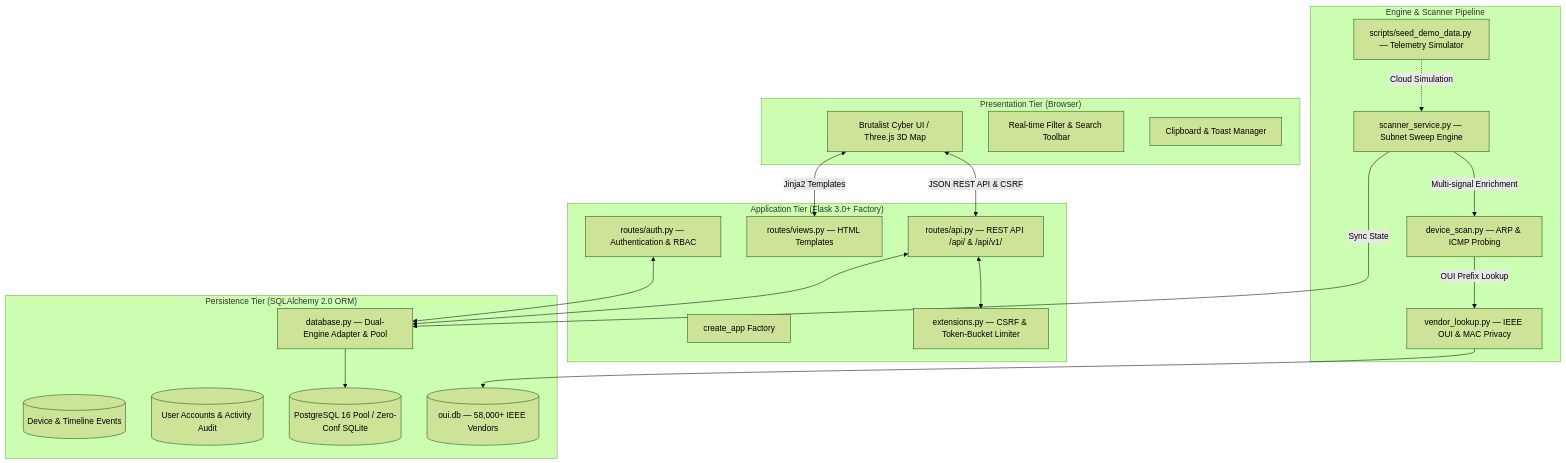
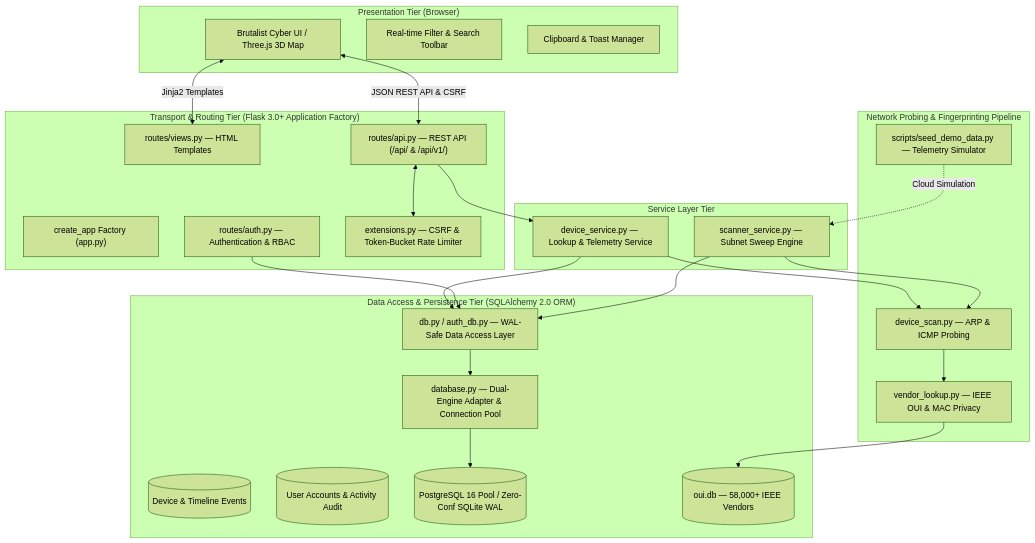
One commit to dhairyahvisavadia-dotcom/Portwatch_vercel changed the diagram in README.md. Above: the diagram before and after it, drawn with Mermaid (forest theme). The commit also changed other lines of this file and 29 other files, not shown here.

````diff
--- a/README.md
+++ b/README.md
@@ -78,43 +88,51 @@
 ```mermaid
 graph TD
     subgraph "Presentation Tier (Browser)"
-        UI[Brutalist Cyber UI / Three.js 3D Map]
-        Filter[Real-time Filter & Search Toolbar]
-        Toast[Clipboard & Toast Manager]
+        UI["Brutalist Cyber UI / Three.js 3D Map"]
+        Filter["Real-time Filter & Search Toolbar"]
+        Toast["Clipboard & Toast Manager"]
     end
 
-    subgraph "Application Tier (Flask 3.0+ Factory)"
-        App[create_app Factory]
-        AuthBP[routes/auth.py — Authentication & RBAC]
-        ViewsBP[routes/views.py — HTML Templates]
-        ApiBP[routes/api.py — REST API /api/ & /api/v1/]
-        SecExt[extensions.py — CSRF & Token-Bucket Limiter]
+    subgraph "Transport & Routing Tier (Flask 3.0+ Application Factory)"
+        App["create_app Factory (app.py)"]
+        AuthBP["routes/auth.py — Authentication & RBAC"]
+        ViewsBP["routes/views.py — HTML Templates"]
+        ApiBP["routes/api.py — REST API (/api/ & /api/v1/)"]
+        SecExt["extensions.py — CSRF & Token-Bucket Rate Limiter"]
     end
 
-    subgraph "Engine & Scanner Pipeline"
-        Scanner[scanner_service.py — Subnet Sweep Engine]
-        DeviceScan[device_scan.py — ARP & ICMP Probing]
-        VendorLookup[vendor_lookup.py — IEEE OUI & MAC Privacy]
-        DemoEngine[scripts/seed_demo_data.py — Telemetry Simulator]
+    subgraph "Service Layer Tier"
+        DeviceService["device_service.py — Lookup & Telemetry Service"]
+        Scanner["scanner_service.py — Subnet Sweep Engine"]
     end
 
-    subgraph "Persistence Tier (SQLAlchemy 2.0 ORM)"
-        DBAdapter[database.py — Dual-Engine Adapter & Pool]
-        DevModel[(Device & Timeline Events)]
-        UserModel[(User Accounts & Activity Audit)]
-        Engines[(PostgreSQL 16 Pool / Zero-Conf SQLite)]
-        OUIDB[(oui.db — 58,000+ IEEE Vendors)]
+    subgraph "Network Probing & Fingerprinting Pipeline"
+        DeviceScan["device_scan.py — ARP & ICMP Probing"]
+        VendorLookup["vendor_lookup.py — IEEE OUI & MAC Privacy"]
+        DemoEngine["scripts/seed_demo_data.py — Telemetry Simulator"]
+    end
+
+    subgraph "Data Access & Persistence Tier (SQLAlchemy 2.0 ORM)"
+        DBAdapter["database.py — Dual-Engine Adapter & Connection Pool"]
+        DBStore["db.py / auth_db.py — WAL-Safe Data Access Layer"]
+        DevModel[("Device & Timeline Events")]
+        UserModel[("User Accounts & Activity Audit")]
+        Engines[("PostgreSQL 16 Pool / Zero-Conf SQLite WAL")]
+        OUIDB[("oui.db — 58,000+ IEEE Vendors")]
     end
 
     UI <-->|JSON REST API & CSRF| ApiBP
     UI <-->|Jinja2 Templates| ViewsBP
     ApiBP <--> SecExt
-    ApiBP <--> DBAdapter
-    AuthBP <--> DBAdapter
-    Scanner -->|Multi-signal Enrichment| DeviceScan
-    DeviceScan -->|OUI Prefix Lookup| VendorLookup
+    ApiBP --> DeviceService
+    DeviceService --> DBStore
+    DeviceService --> DeviceScan
+    AuthBP --> DBStore
+    Scanner --> DeviceScan
+    DeviceScan --> VendorLookup
     VendorLookup --> OUIDB
-    Scanner -->|Sync State| DBAdapter
+    Scanner --> DBStore
     DemoEngine -.->|Cloud Simulation| Scanner
+    DBStore --> DBAdapter
     DBAdapter --> Engines
 ```
````
